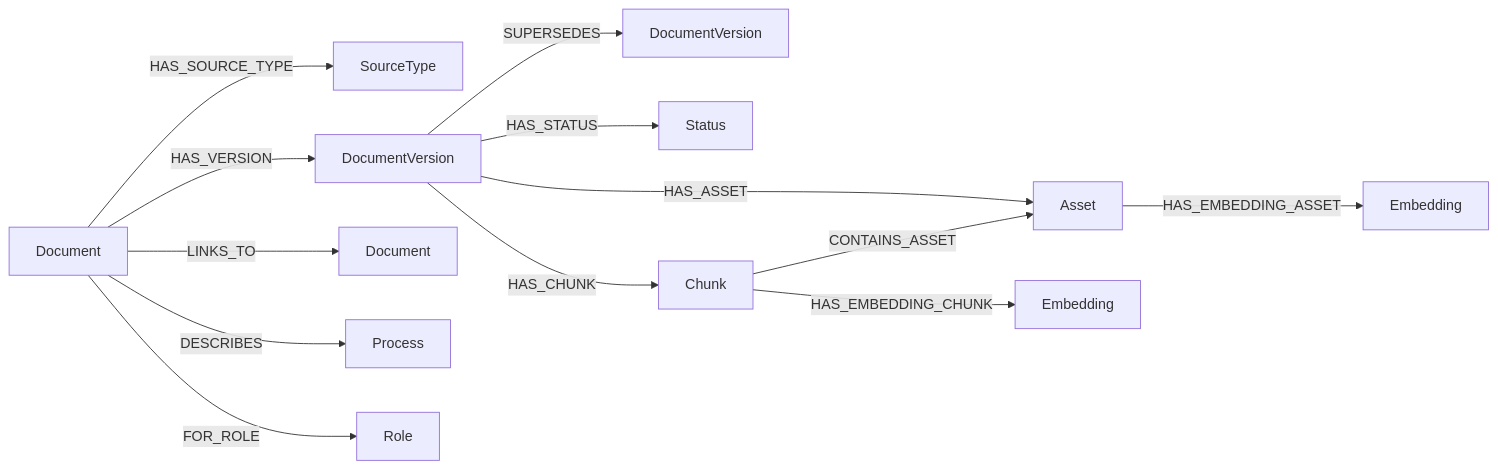
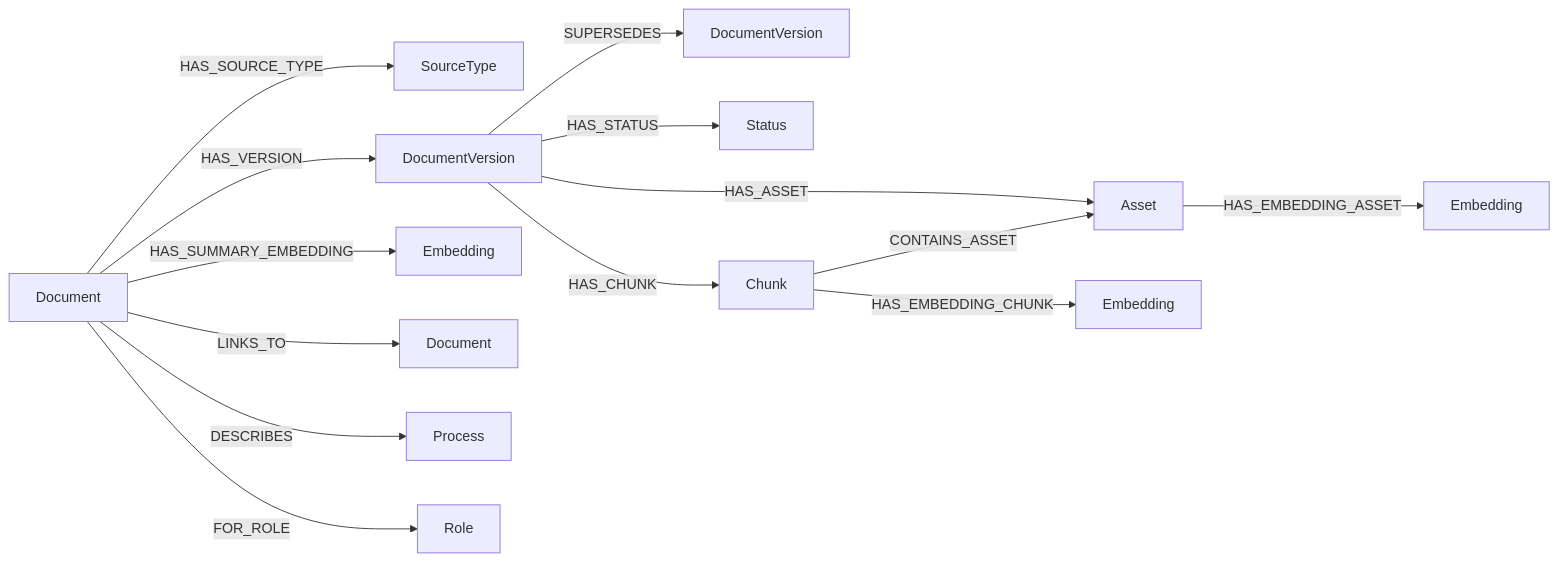
Before and after one commit to Grottersha123/vue-graph-rag: the diagram in mvp_v2/docs/schema.md, drawn with Mermaid. The commit also changed other lines of this file and 41 other files, not shown here.

Commit message:
feat(mvp_v2): evolve graph schema for summaries

````diff
--- a/mvp_v2/docs/schema.md
+++ b/mvp_v2/docs/schema.md
@@ -67,15 +68,16 @@
 ```mermaid
 flowchart LR
     D[Document] -->|HAS_SOURCE_TYPE| ST[SourceType]
     D -->|HAS_VERSION| DV[DocumentVersion]
     DV -->|SUPERSEDES| OLD[DocumentVersion]
     DV -->|HAS_STATUS| S[Status]
     DV -->|HAS_CHUNK| C[Chunk]
     DV -->|HAS_ASSET| A[Asset]
     C -->|CONTAINS_ASSET| A
     C -->|HAS_EMBEDDING_CHUNK| E1[Embedding]
     A -->|HAS_EMBEDDING_ASSET| E2[Embedding]
+    D -->|HAS_SUMMARY_EMBEDDING| E3[Embedding]
     D -->|LINKS_TO| D2[Document]
     D -->|DESCRIBES| P[Process]
     D -->|FOR_ROLE| R[Role]
 ```
````
